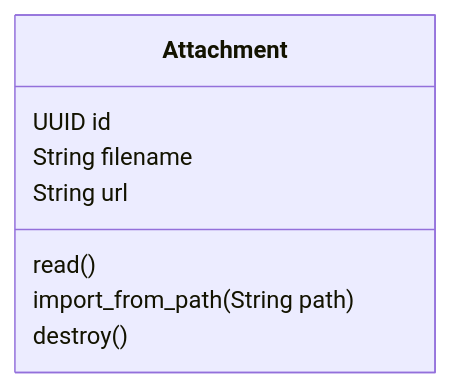
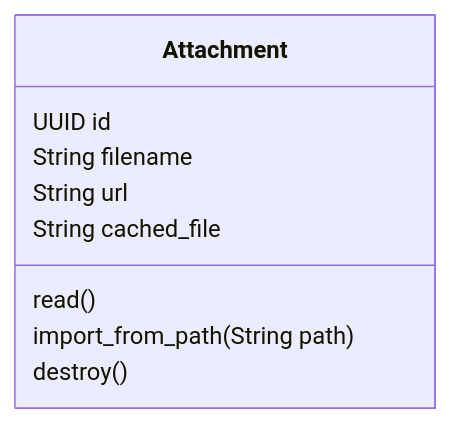
Before and after one commit to zebbra/data_aggregator: the diagram in lib/data_aggregator/files/files-mermaid-class-diagram.md, drawn with Mermaid. The commit also changed 14 other files, not shown here.

````diff
--- a/lib/data_aggregator/files/files-mermaid-class-diagram.md
+++ b/lib/data_aggregator/files/files-mermaid-class-diagram.md
@@ -1,14 +1,15 @@
 ```mermaid
 classDiagram
     class Attachment {
         UUID id
         String filename
         String url
+        String cached_file
         read()
         import_from_path(String path)
         destroy()
     }
 
 
 
 ```
````
